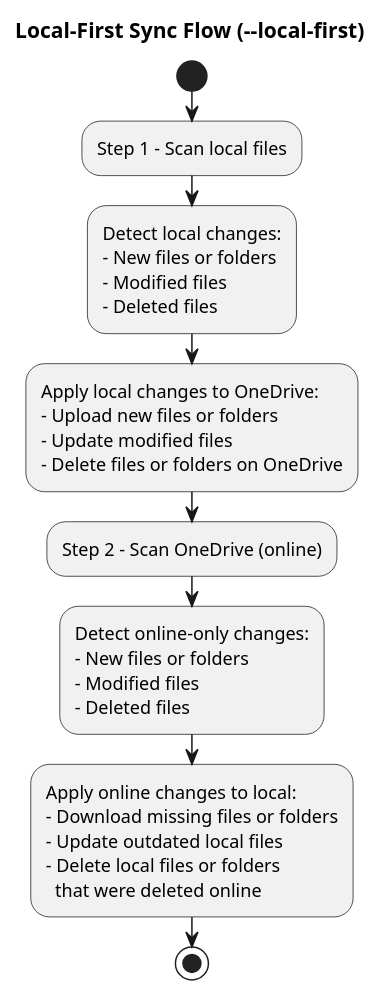
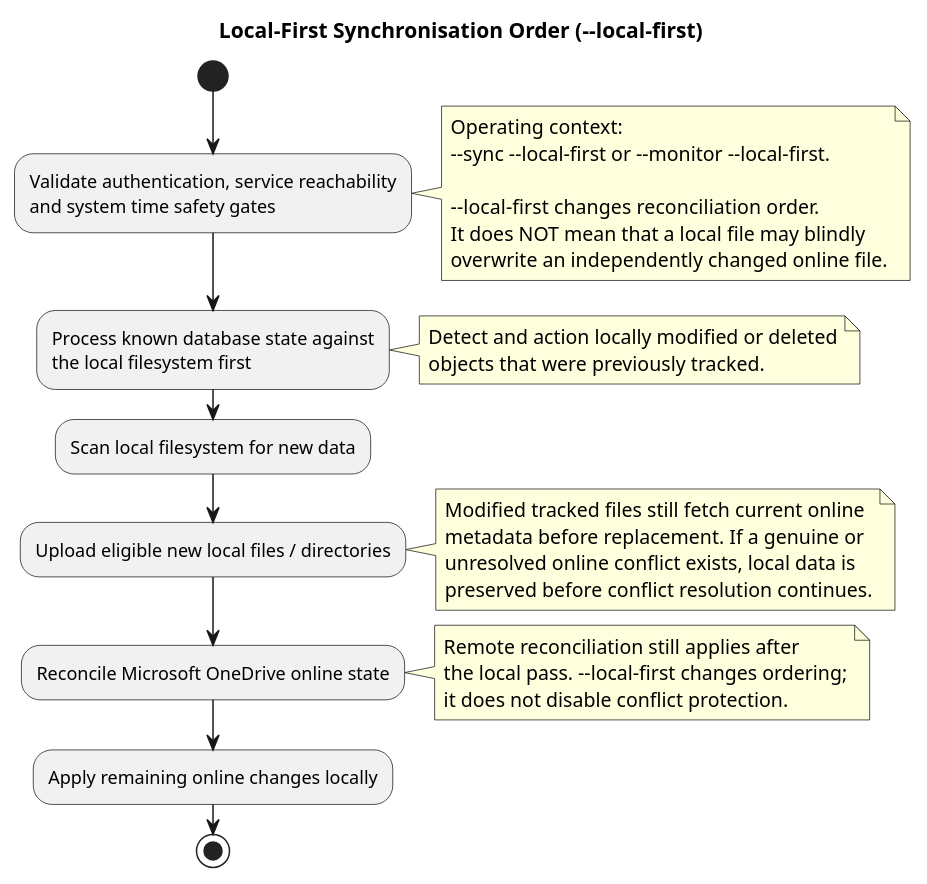
Before and after one commit to abraunegg/onedrive: the diagram in docs/puml/local_first_sync_process.puml, drawn with PlantUML. The commit also changed 46 other files, not shown here.

First line of the commit message:
Update architecture documentation (#3870)

```diff
--- a/docs/puml/local_first_sync_process.puml
+++ b/docs/puml/local_first_sync_process.puml
@@ -1,30 +1,39 @@
 @startuml
-title Local-First Sync Flow (--local-first)
+title Local-First Synchronisation Order (~--local-first)
 
 start
+:Validate authentication, service reachability\nand system time safety gates;
+note right
+  Operating context:
+  ~--sync ~--local-first or ~--monitor ~--local-first.
 
-:Step 1 - Scan local files;
-:Detect local changes:
-- New files or folders
-- Modified files
-- Deleted files;
+  ~--local-first changes reconciliation order.
+  It does NOT mean that a local file may blindly
+  overwrite an independently changed online file.
+end note
 
-:Apply local changes to OneDrive:
-- Upload new files or folders
-- Update modified files
-- Delete files or folders on OneDrive;
+:Process known database state against\nthe local filesystem first;
+note right
+  Detect and action locally modified or deleted
+  objects that were previously tracked.
+end note
 
-:Step 2 - Scan OneDrive (online);
-:Detect online-only changes:
-- New files or folders
-- Modified files
-- Deleted files;
+:Scan local filesystem for new data;
+:Upload eligible new local files / directories;
+note right
+  Modified tracked files still fetch current online
+  metadata before replacement. If a genuine or
+  unresolved online conflict exists, local data is
+  preserved before conflict resolution continues.
+end note
 
-:Apply online changes to local:
-- Download missing files or folders
-- Update outdated local files
-- Delete local files or folders
-  that were deleted online;
+:Reconcile Microsoft OneDrive online state;
+note right
+  Remote reconciliation still applies after
+  the local pass. ~--local-first changes ordering;
+  it does not disable conflict protection.
+end note
 
+:Apply remaining online changes locally;
 stop
 @enduml
```
